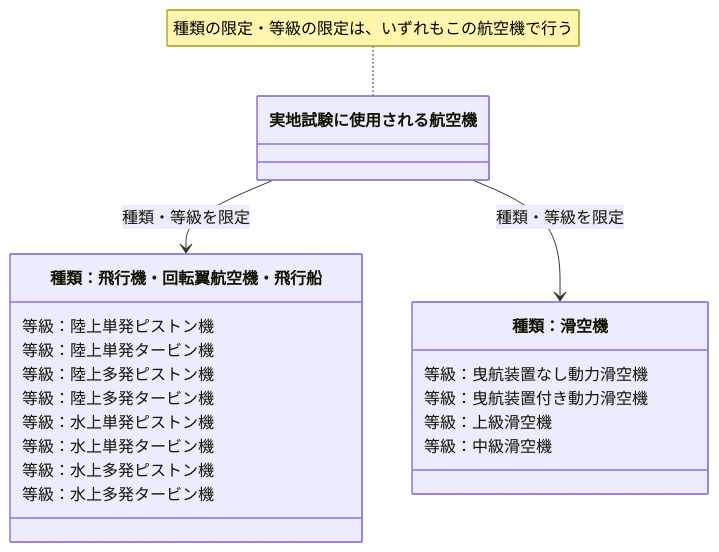
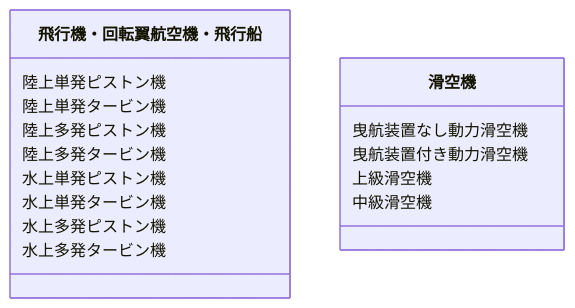
Before and after one commit to yonemotoBB/pil: the sixth of 18 diagrams in chapters/04_第四章.md, drawn with Mermaid. The commit also changed other lines of this file, not shown here.

Commit message:
第四章 施行規則53条 種類・等級の定義(クラス図)と限定の決定方法(フロー)を分離

````diff
--- a/chapters/04_第四章.md
+++ b/chapters/04_第四章.md
@@ -160,21 +168,17 @@
 ```mermaid
 classDiagram
-    note for src "種類の限定・等級の限定は、いずれもこの航空機で行う"
-    class src["実地試験に使用される航空機"]
-    class c1["種類：飛行機・回転翼航空機・飛行船"]
-    c1 : 等級：陸上単発ピストン機
-    c1 : 等級：陸上単発タービン機
-    c1 : 等級：陸上多発ピストン機
-    c1 : 等級：陸上多発タービン機
-    c1 : 等級：水上単発ピストン機
-    c1 : 等級：水上単発タービン機
-    c1 : 等級：水上多発ピストン機
-    c1 : 等級：水上多発タービン機
-    class c2["種類：滑空機"]
-    c2 : 等級：曳航装置なし動力滑空機
-    c2 : 等級：曳航装置付き動力滑空機
-    c2 : 等級：上級滑空機
-    c2 : 等級：中級滑空機
-    src --> c1 : 種類・等級を限定
-    src --> c2 : 種類・等級を限定
+    class c1["飛行機・回転翼航空機・飛行船"]
+    c1 : 陸上単発ピストン機
+    c1 : 陸上単発タービン機
+    c1 : 陸上多発ピストン機
+    c1 : 陸上多発タービン機
+    c1 : 水上単発ピストン機
+    c1 : 水上単発タービン機
+    c1 : 水上多発ピストン機
+    c1 : 水上多発タービン機
+    class c2["滑空機"]
+    c2 : 曳航装置なし動力滑空機
+    c2 : 曳航装置付き動力滑空機
+    c2 : 上級滑空機
+    c2 : 中級滑空機
 ```
````
